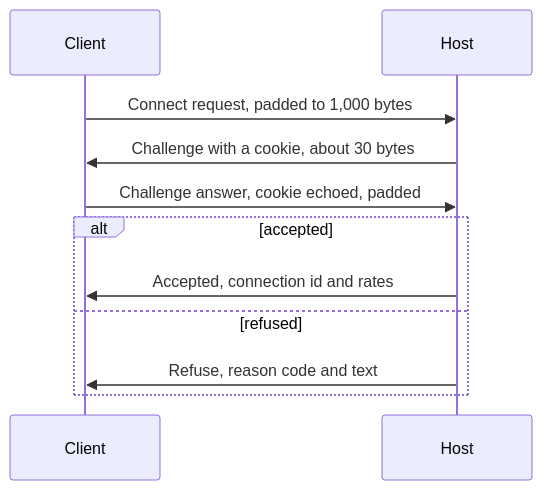
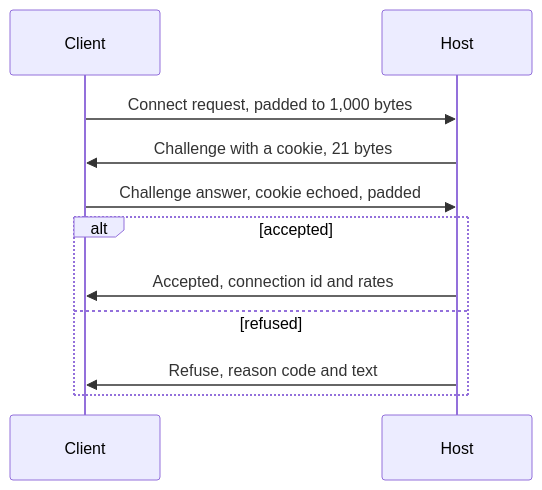
One commit to john-overton/T.O.R.E-Fighters changed the diagram in docs/formats/net-protocol.md. Above: the diagram before and after it, drawn with Mermaid. The commit also changed other lines of this file and 19 other files, not shown here.

````diff
--- a/docs/formats/net-protocol.md
+++ b/docs/formats/net-protocol.md
@@ -111,13 +116,13 @@
 ```mermaid
 sequenceDiagram
   participant C as Client
   participant H as Host
   C->>H: Connect request, padded to 1,000 bytes
-  H->>C: Challenge with a cookie, about 30 bytes
+  H->>C: Challenge with a cookie, 21 bytes
   C->>H: Challenge answer, cookie echoed, padded
   alt accepted
     H->>C: Accepted, connection id and rates
   else refused
     H->>C: Refuse, reason code and text
   end
 ```
````
